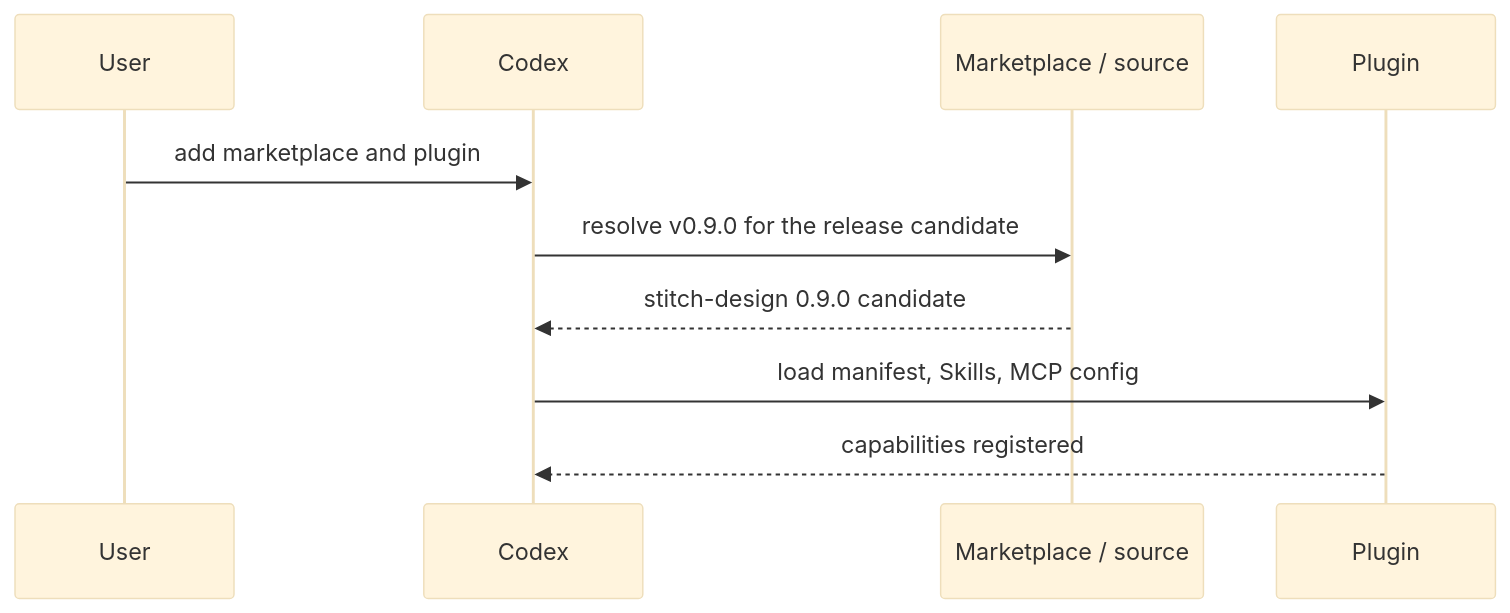
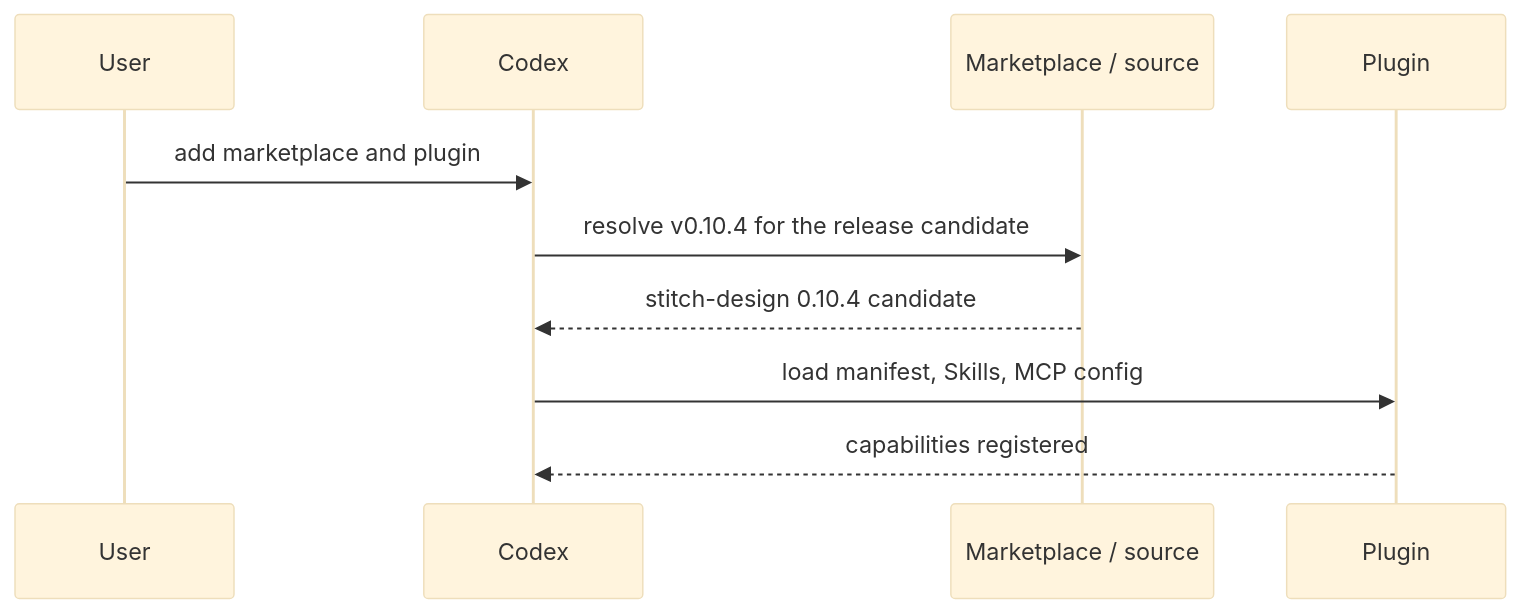
The seventh of 11 diagrams in plugins/stitch-design/docs/Stitch-Design-Architecture.md (partme-ai/full-stack-plugins), drawn with Mermaid (base theme) before and after one commit. The commit also changed other lines of this file and 397 other files, not shown here.

````diff
--- a/plugins/stitch-design/docs/Stitch-Design-Architecture.md
+++ b/plugins/stitch-design/docs/Stitch-Design-Architecture.md
@@ -175,12 +175,12 @@
 ```mermaid
 sequenceDiagram
     participant U as User
     participant C as Codex
     participant M as Marketplace / source
     participant P as Plugin
     U->>C: add marketplace and plugin
-    C->>M: resolve v0.9.0 for the release candidate
-    M-->>C: stitch-design 0.9.0 candidate
+    C->>M: resolve v0.10.4 for the release candidate
+    M-->>C: stitch-design 0.10.4 candidate
     C->>P: load manifest, Skills, MCP config
     P-->>C: capabilities registered
 ```
````
